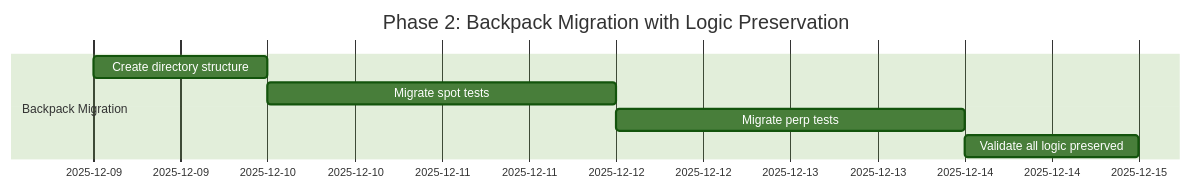
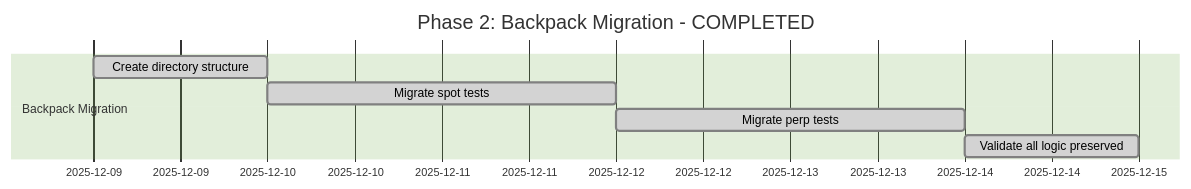
One commit to plataplomo/hummingbot changed the second of 4 diagrams in workflow/integration_tests_refactor_plan.md. Above: the diagram before and after it, drawn with Mermaid (forest theme). The commit also changed other lines of this file and 101 other files, not shown here.

````diff
--- a/workflow/integration_tests_refactor_plan.md
+++ b/workflow/integration_tests_refactor_plan.md
@@ -466,10 +499,10 @@
 ```mermaid
 gantt
-    title Phase 2: Backpack Migration with Logic Preservation
+    title Phase 2: Backpack Migration - COMPLETED
     dateFormat  YYYY-MM-DD
     section Backpack Migration
-    Create directory structure  :2025-12-09, 1d
-    Migrate spot tests         :2025-12-10, 2d
-    Migrate perp tests         :2025-12-12, 2d
-    Validate all logic preserved :2025-12-14, 1d
+    Create directory structure  :done, 2025-12-09, 1d
+    Migrate spot tests         :done, 2025-12-10, 2d
+    Migrate perp tests         :done, 2025-12-12, 2d
+    Validate all logic preserved :done, 2025-12-14, 1d
 ```
````
